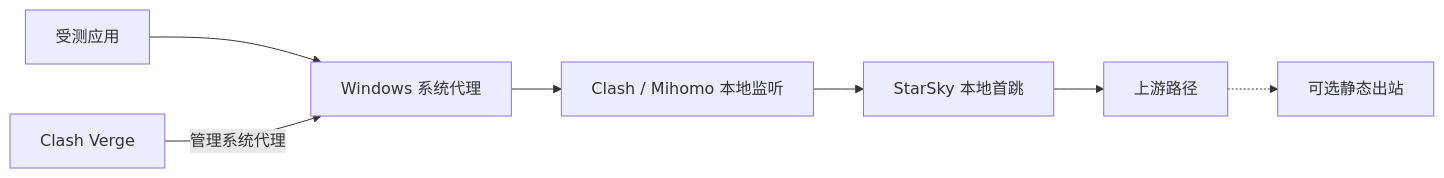
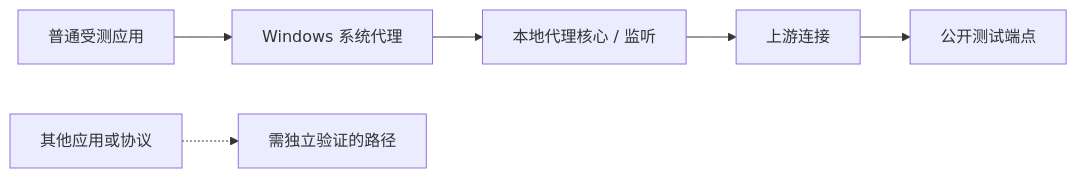
Before and after one commit to LYL-Z/windows-static-proxy-lab: the third of 3 diagrams in README.md, drawn with Mermaid. The commit also changed other lines of this file, not shown here.

````diff
--- a/README.md
+++ b/README.md
@@ -34,9 +162,8 @@
 ```mermaid
 flowchart LR
-    A["受测应用"] --> B["Windows 系统代理"]
-    C["Clash Verge"] -->|"管理系统代理"| B
-    B --> D["Clash / Mihomo 本地监听"]
-    D --> E["StarSky 本地首跳"]
-    E --> F["上游路径"]
-    F -.-> G["可选静态出站"]
+    A["普通受测应用"] --> B["Windows 系统代理"]
+    B --> C["本地代理核心 / 监听"]
+    C --> D["上游连接"]
+    D --> E["公开测试端点"]
+    F["其他应用或协议"] -.-> G["需独立验证的路径"]
 ```
````
